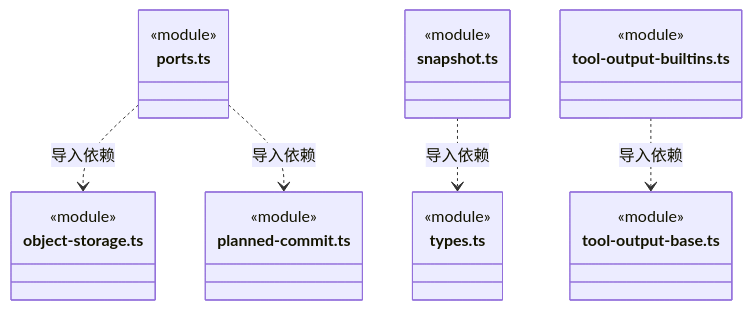
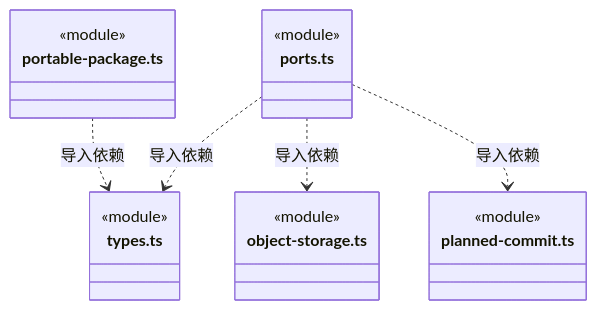
Diagram 30 of 31 in src/backend/core/knowledge/ARCHITECTURE.md (nan023062/cbim), drawn with Mermaid before and after one commit. The commit also changed other lines of this file and 36 other files, not shown here.

````diff
--- a/src/backend/core/knowledge/ARCHITECTURE.md
+++ b/src/backend/core/knowledge/ARCHITECTURE.md
@@ -665,28 +704,22 @@
 ```mermaid
 classDiagram
+class N_src_backend_core_knowledge_portable_package_ts["portable-package.ts"] {
+  <<module>>
+}
+class N_src_backend_core_knowledge_types_ts["types.ts"] {
+  <<module>>
+}
 class N_src_backend_core_knowledge_ports_ts["ports.ts"] {
   <<module>>
 }
 class N_src_backend_core_knowledge_object_storage_ts["object-storage.ts"] {
   <<module>>
 }
 class N_src_backend_core_knowledge_planned_commit_ts["planned-commit.ts"] {
   <<module>>
 }
-class N_src_backend_core_knowledge_snapshot_ts["snapshot.ts"] {
-  <<module>>
-}
-class N_src_backend_core_knowledge_types_ts["types.ts"] {
-  <<module>>
-}
-class N_src_backend_core_knowledge_tool_output_builtins_ts["tool-output-builtins.ts"] {
-  <<module>>
-}
-class N_src_backend_core_knowledge_tool_output_base_ts["tool-output-base.ts"] {
-  <<module>>
-}
+N_src_backend_core_knowledge_portable_package_ts ..> N_src_backend_core_knowledge_types_ts : 导入依赖
+N_src_backend_core_knowledge_ports_ts ..> N_src_backend_core_knowledge_types_ts : 导入依赖
 N_src_backend_core_knowledge_ports_ts ..> N_src_backend_core_knowledge_object_storage_ts : 导入依赖
 N_src_backend_core_knowledge_ports_ts ..> N_src_backend_core_knowledge_planned_commit_ts : 导入依赖
-N_src_backend_core_knowledge_snapshot_ts ..> N_src_backend_core_knowledge_types_ts : 导入依赖
-N_src_backend_core_knowledge_tool_output_builtins_ts ..> N_src_backend_core_knowledge_tool_output_base_ts : 导入依赖
 ```
````
